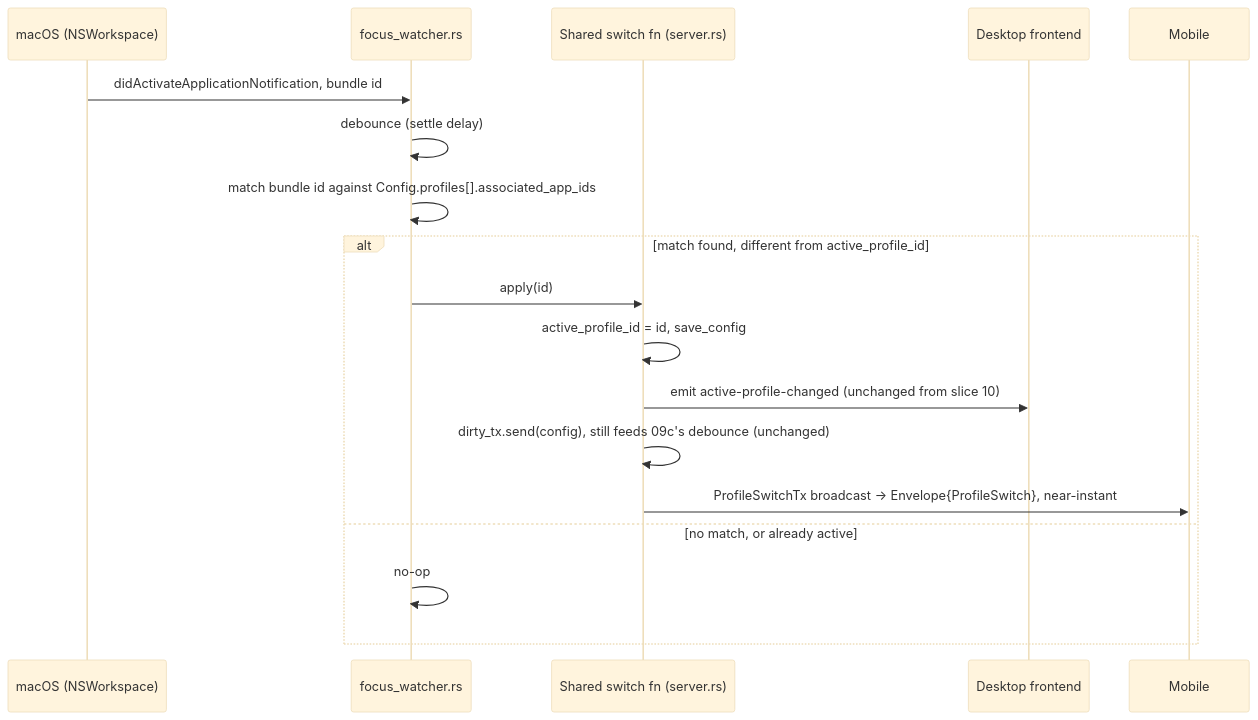
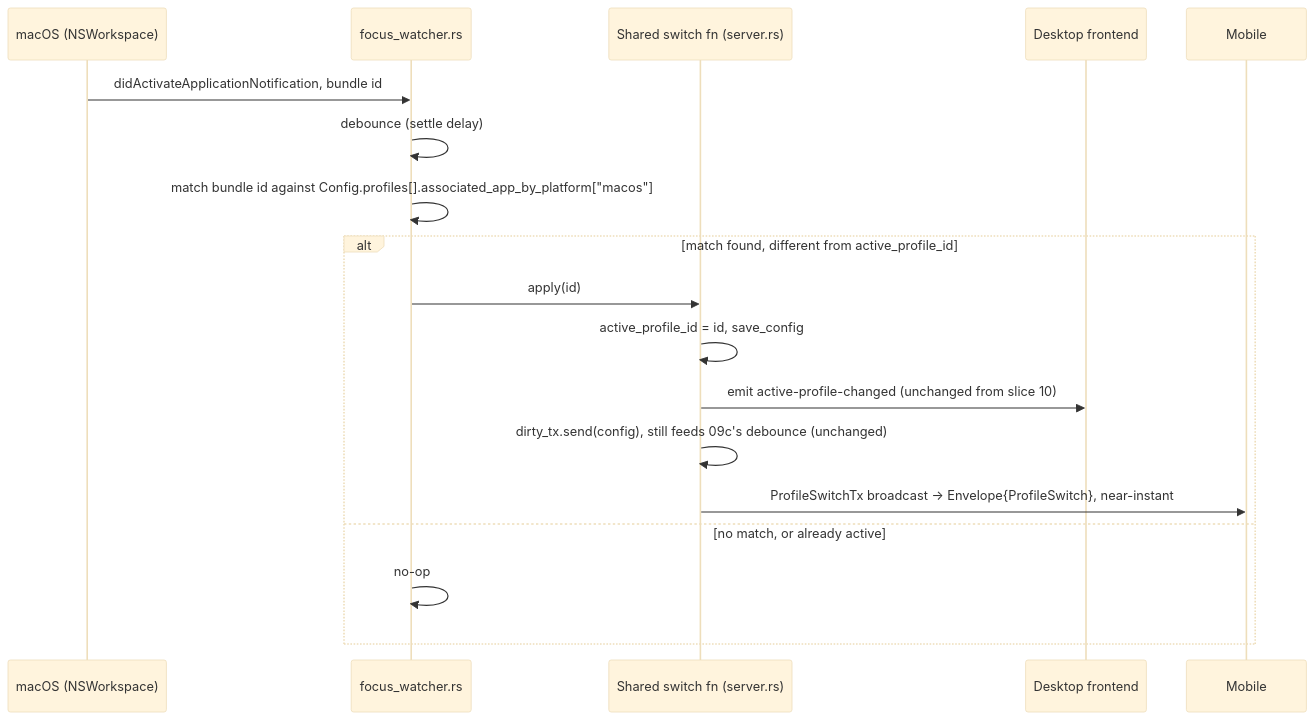
The diagram in docs/slices/10a. Auto Profile Switch.spec.md (hk0i/buttons), drawn with Mermaid (base theme) before and after one commit. The commit also changed other lines of this file, not shown here.

Commit message:
[10a][auto-profile-switch][docs] update: associated_app_by_platform as map, Platform enum app-side only

````diff
--- a/docs/slices/10a. Auto Profile Switch.spec.md
+++ b/docs/slices/10a. Auto Profile Switch.spec.md
@@ -180,20 +206,20 @@
 ```mermaid
 sequenceDiagram
   participant OS as macOS (NSWorkspace)
   participant W as focus_watcher.rs
   participant S as Shared switch fn (server.rs)
   participant F as Desktop frontend
   participant M as Mobile
   OS->>W: didActivateApplicationNotification, bundle id
   W->>W: debounce (settle delay)
-  W->>W: match bundle id against Config.profiles[].associated_app_ids
+  W->>W: match bundle id against Config.profiles[].associated_app_by_platform["macos"]
   alt match found, different from active_profile_id
     W->>S: apply(id)
     S->>S: active_profile_id = id, save_config
     S->>F: emit active-profile-changed (unchanged from slice 10)
     S->>S: dirty_tx.send(config), still feeds 09c's debounce (unchanged)
     S->>M: ProfileSwitchTx broadcast → Envelope{ProfileSwitch}, near-instant
   else no match, or already active
     W->>W: no-op
   end
 ```
````
